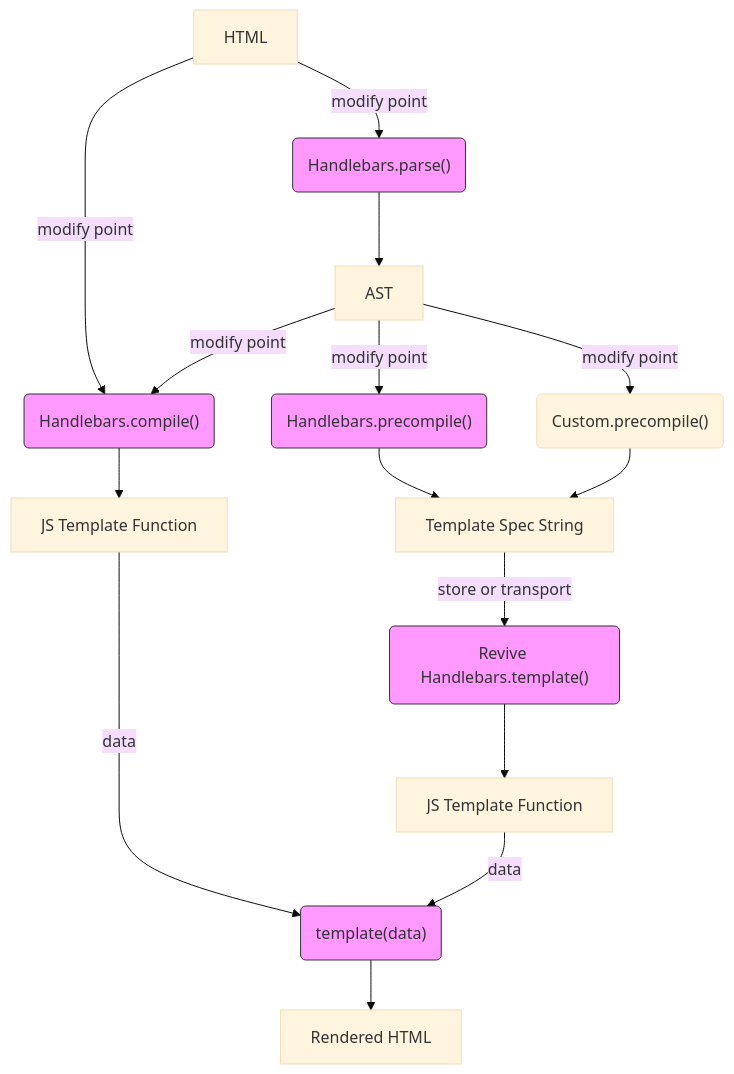
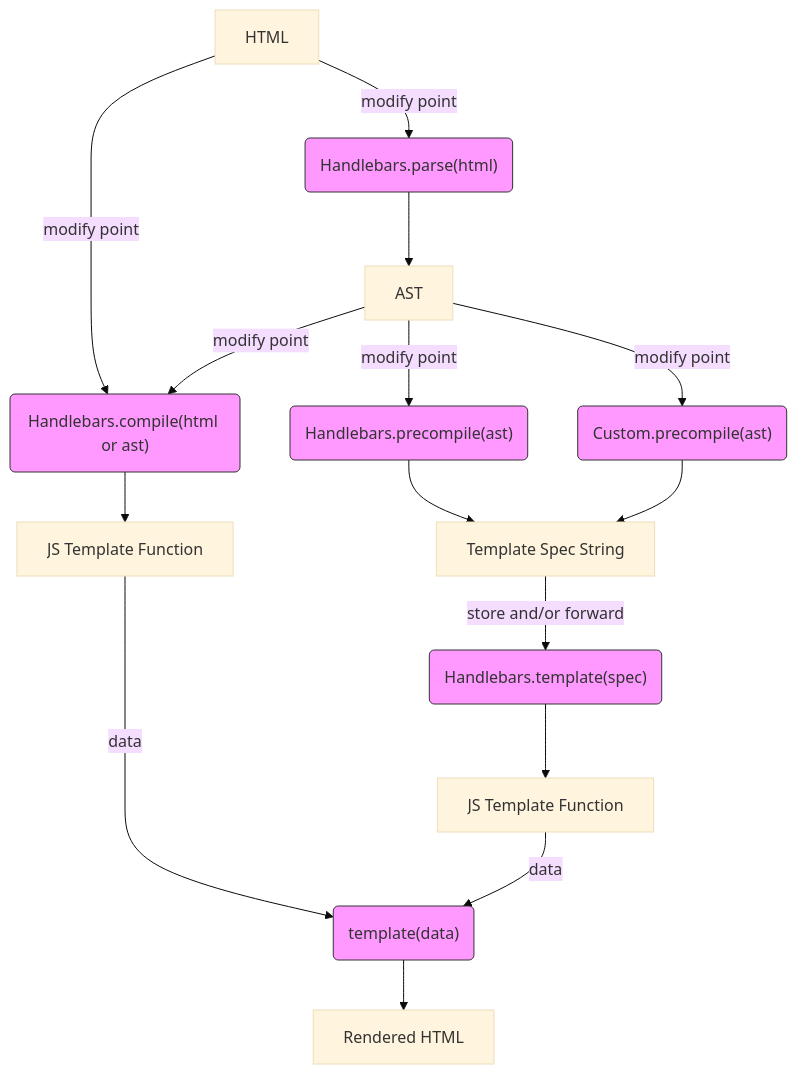
The diagram in docs/diagrams/workflow.md (dhollenbeck/handlebars-internals), drawn with Mermaid (base theme) before and after one commit. The commit also changed other lines of this file and 1 other file, not shown here.

Commit message:
workflow diagram

````diff
--- a/docs/diagrams/workflow.md
+++ b/docs/diagrams/workflow.md
@@ -5,25 +5,27 @@
 ```mermaid
 graph TD
 HTML --> |modify point|fncCompile
-HTML -->|modify point|fncParse("Handlebars.parse()")
+HTML -->|modify point|fncParse("Handlebars.parse(html)")
 fncParse --> AST
-AST -->|modify point|fncCompile("Handlebars.compile()")
-AST -->|modify point|fncPrecompile("Handlebars.precompile()")
-AST -->|modify point|fncPrecompileCustom("Custom.precompile()")
+AST -->|modify point|fncCompile("Handlebars.compile(html or ast)")
+AST -->|modify point|fncPrecompile("Handlebars.precompile(ast)")
+AST -->|modify point|fncPrecompileCustom("Custom.precompile(ast)")
 fncCompile --> F[JS Template Function]
 F --> |data|fncTemplate("template(data)")
 fncPrecompile --> G[Template Spec String]
 fncPrecompileCustom --> G[Template Spec String]
-G -->|store or transport|fncRevive("Revive Handlebars.template()")
+G -->|store and/or forward|fncRevive("Handlebars.template(spec)")
 fncRevive -->J[JS Template Function]
 J --> |data|fncTemplate("template(data)")
 fncTemplate -->RHTML[Rendered HTML]
 
 classDef fncStyle fill:#f9f,stroke:#333,stroke-width:1px;
 class fncParse fncStyle;
 class fncCompile fncStyle;
 class fncPrecompile fncStyle;
+class fncPrecompileCustom fncStyle;
 class fncRevive fncStyle;
 class fncTemplate fncStyle;
 
+
 ```
````
